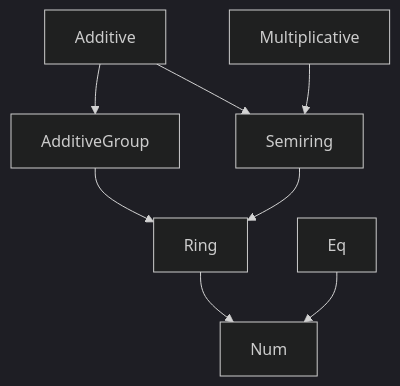
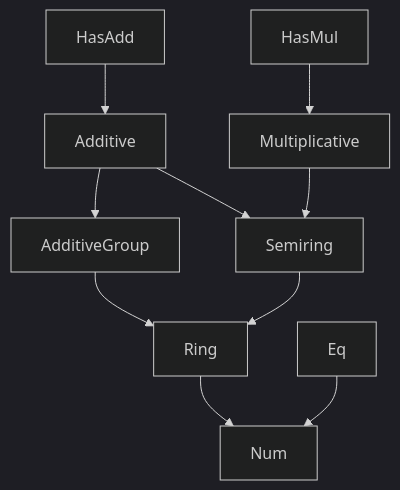
Before and after one commit to coalton-lang/coalton: the second of 4 diagrams in docs/manual/site/topics/numbers-and-math.md, drawn with Mermaid (dark theme). The commit also changed other lines of this file and 29 other files, not shown here.

````diff
--- a/docs/manual/site/topics/numbers-and-math.md
+++ b/docs/manual/site/topics/numbers-and-math.md
@@ -270,10 +276,12 @@
 ```mermaid
 graph TD
+    HasAdd --> Additive
+    HasMul --> Multiplicative
     Additive --> AdditiveGroup
     Additive --> Semiring
     Multiplicative --> Semiring
     AdditiveGroup --> Ring
     Semiring --> Ring
     Ring --> Num
     Eq --> Num
 ```
````
